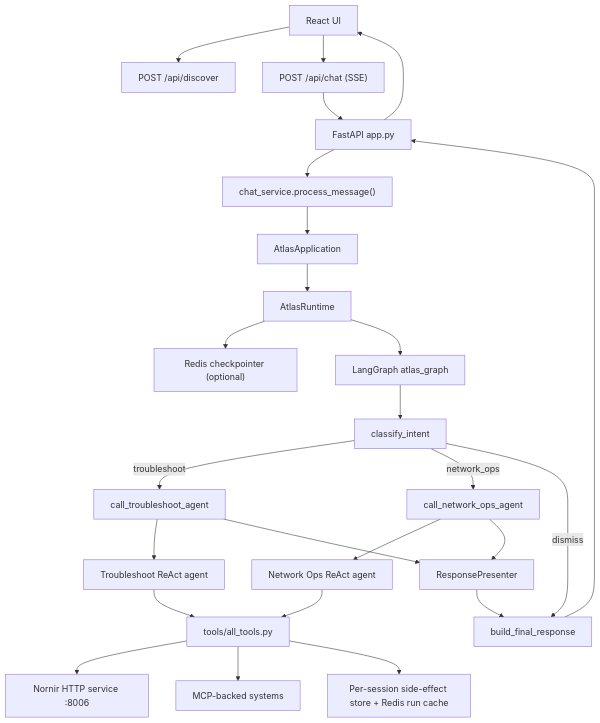
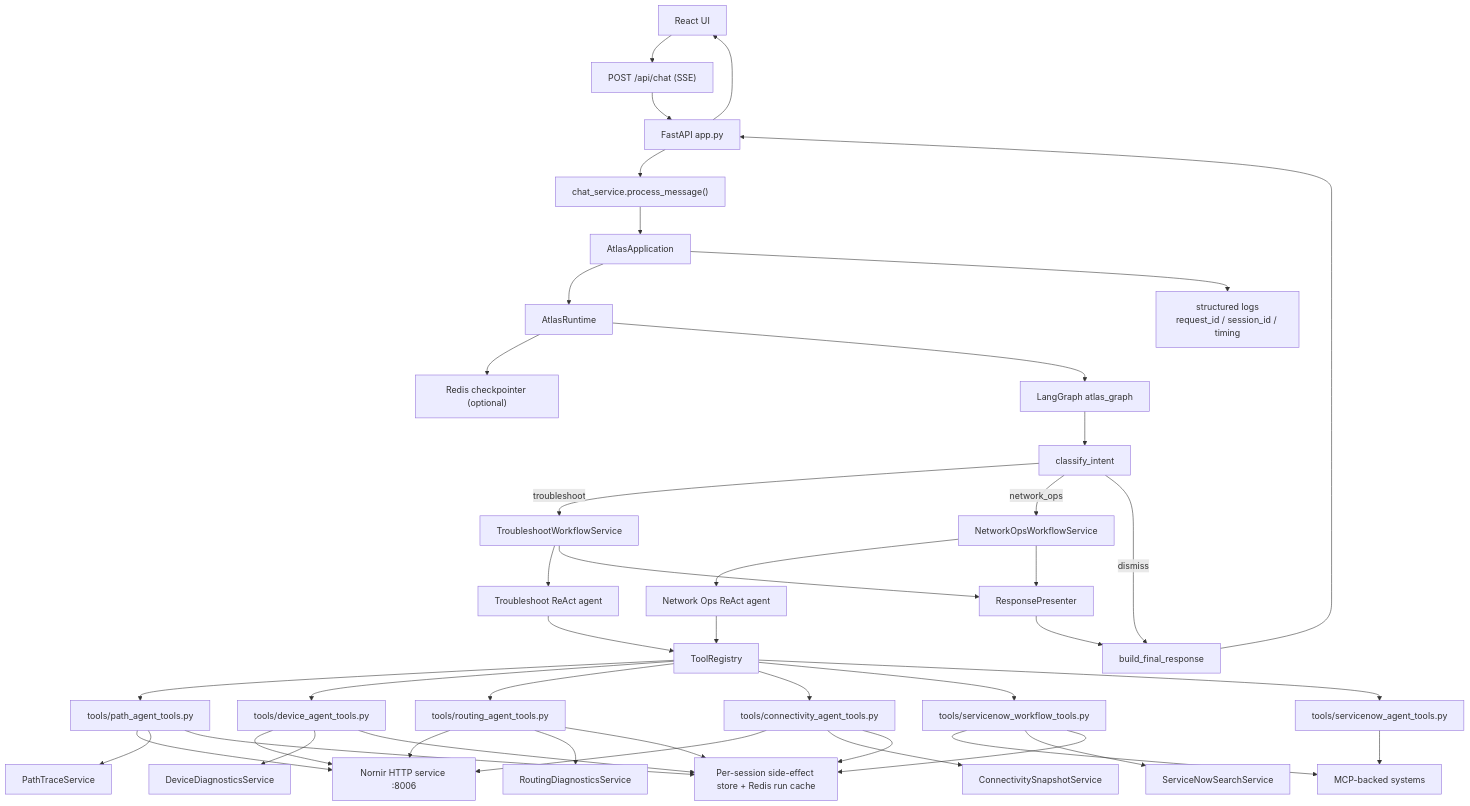
One commit to manikandarajzma/netbrain changed the first of 2 diagrams in README.md. Above: the diagram before and after it, drawn with Mermaid. The commit also changed other lines of this file and 68 other files, not shown here.

````diff
--- a/README.md
+++ b/README.md
@@ -48,32 +74,52 @@
 ```mermaid
 flowchart TD
-    UI["React UI"] --> DISC["POST /api/discover"]
-    UI --> CHAT["POST /api/chat (SSE)"]
+    UI["React UI"] --> CHAT["POST /api/chat (SSE)"]
     CHAT --> APP["FastAPI app.py"]
     APP --> CS["chat_service.process_message()"]
     CS --> AA["AtlasApplication"]
     AA --> RT["AtlasRuntime"]
+    AA --> OBS["structured logs<br/>request_id / session_id / timing"]
     RT --> CP["Redis checkpointer (optional)"]
     RT --> GRAPH["LangGraph atlas_graph"]
 
     GRAPH --> CI["classify_intent"]
-    CI -->|troubleshoot| TA["call_troubleshoot_agent"]
-    CI -->|network_ops| NA["call_network_ops_agent"]
+    CI -->|troubleshoot| TWF["TroubleshootWorkflowService"]
+    CI -->|network_ops| NWF["NetworkOpsWorkflowService"]
     CI -->|dismiss| BF["build_final_response"]
 
-    TA --> TRAG["Troubleshoot ReAct agent"]
-    NA --> NOAG["Network Ops ReAct agent"]
+    TWF --> TRAG["Troubleshoot ReAct agent"]
+    NWF --> NOAG["Network Ops ReAct agent"]
 
-    TRAG --> TOOLS["tools/all_tools.py"]
-    NOAG --> TOOLS
+    TRAG --> REG["ToolRegistry"]
+    NOAG --> REG
 
-    TOOLS --> NORNIR["Nornir HTTP service :8006"]
-    TOOLS --> MCP["MCP-backed systems"]
-    TOOLS --> STORE["Per-session side-effect store + Redis run cache"]
+    REG --> PATH["tools/path_agent_tools.py"]
+    REG --> DEVICE["tools/device_agent_tools.py"]
+    REG --> ROUTING["tools/routing_agent_tools.py"]
+    REG --> CONN["tools/connectivity_agent_tools.py"]
+    REG --> SNWF["tools/servicenow_workflow_tools.py"]
+    REG --> SNTOOLS["tools/servicenow_agent_tools.py"]
 
-    TA --> PRES["ResponsePresenter"]
-    NA --> PRES
+    PATH --> NORNIR["Nornir HTTP service :8006"]
+    DEVICE --> NORNIR
+    ROUTING --> NORNIR
+    CONN --> NORNIR
+    SNWF --> MCP["MCP-backed systems"]
+    PATH --> PATHSVC["PathTraceService"]
+    DEVICE --> DDSVC["DeviceDiagnosticsService"]
+    ROUTING --> RDSVC["RoutingDiagnosticsService"]
+    CONN --> CSSVC["ConnectivitySnapshotService"]
+    SNWF --> SNSVC["ServiceNowSearchService"]
+    PATH --> STORE["Per-session side-effect store + Redis run cache"]
+    DEVICE --> STORE
+    ROUTING --> STORE
+    CONN --> STORE
+    SNWF --> STORE
+    SNTOOLS --> MCP
+
+    TWF --> PRES["ResponsePresenter"]
+    NWF --> PRES
     PRES --> BF
     BF --> APP
     APP --> UI
 ```
````
